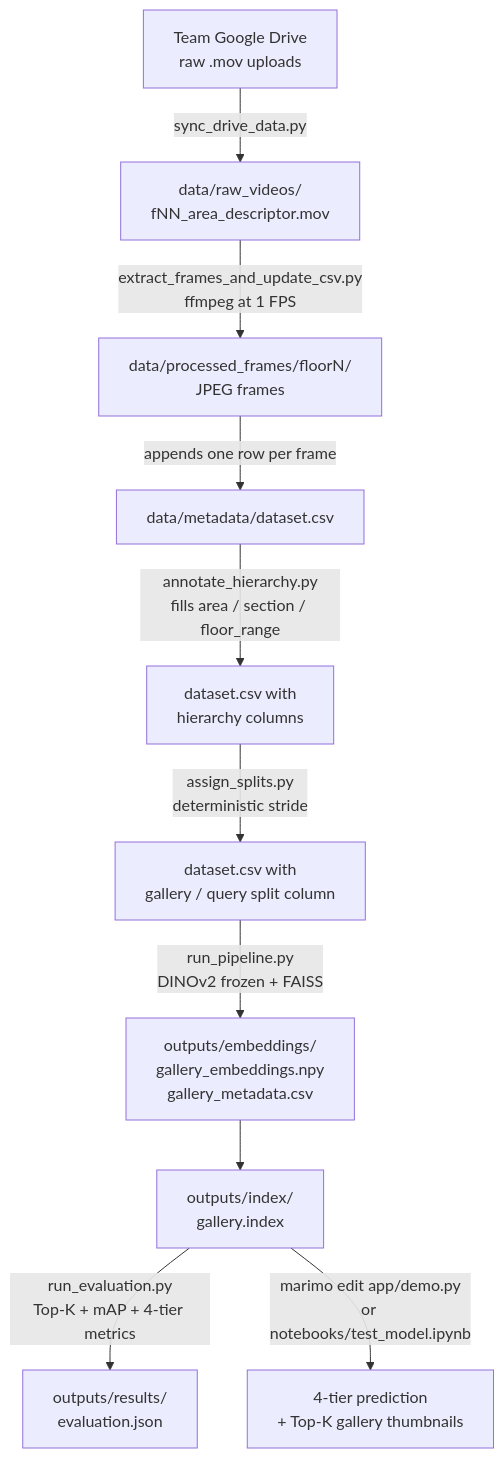
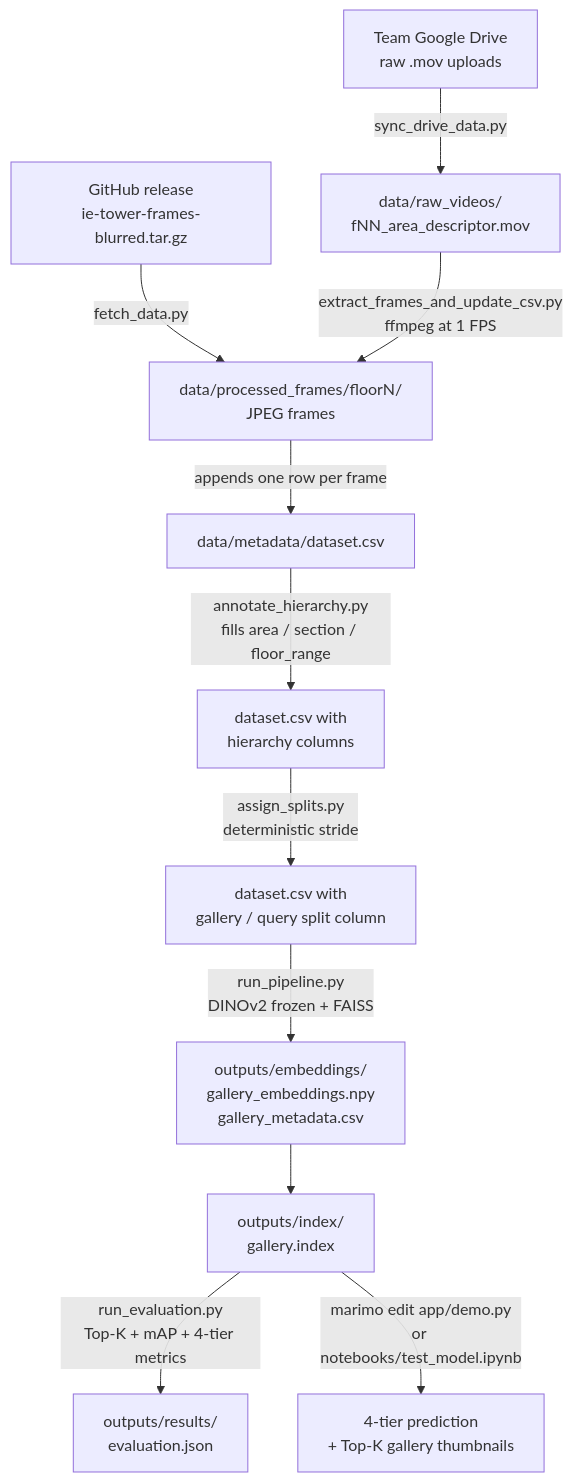
The diagram in README.md (JSebastianIEU/ie-tower-visual-place-recognition), drawn with Mermaid before and after one commit. The commit also changed other lines of this file and 4 other files, not shown here.

First line of the commit message:
feat(data): el dataset sale del repo y pasa a una release

````diff
--- a/README.md
+++ b/README.md
@@ -28,12 +28,13 @@
 ```mermaid
 flowchart TD
+    R["GitHub release<br/>ie-tower-frames-blurred.tar.gz"] -->|"fetch_data.py"| C
     A["Team Google Drive<br/>raw .mov uploads"] -->|"sync_drive_data.py"| B["data/raw_videos/<br/>fNN_area_descriptor.mov"]
     B -->|"extract_frames_and_update_csv.py<br/>ffmpeg at 1 FPS"| C["data/processed_frames/floorN/<br/>JPEG frames"]
     C -->|"appends one row per frame"| D["data/metadata/dataset.csv"]
     D -->|"annotate_hierarchy.py<br/>fills area / section / floor_range"| D2["dataset.csv with<br/>hierarchy columns"]
     D2 -->|"assign_splits.py<br/>deterministic stride"| E["dataset.csv with<br/>gallery / query split column"]
     E -->|"run_pipeline.py<br/>DINOv2 frozen + FAISS"| F["outputs/embeddings/<br/>gallery_embeddings.npy<br/>gallery_metadata.csv"]
     F --> G["outputs/index/<br/>gallery.index"]
     G -->|"run_evaluation.py<br/>Top-K + mAP + 4-tier metrics"| H["outputs/results/<br/>evaluation.json"]
     G -->|"marimo edit app/demo.py<br/>or notebooks/test_model.ipynb"| I["4-tier prediction<br/>+ Top-K gallery thumbnails"]
 ```
````
